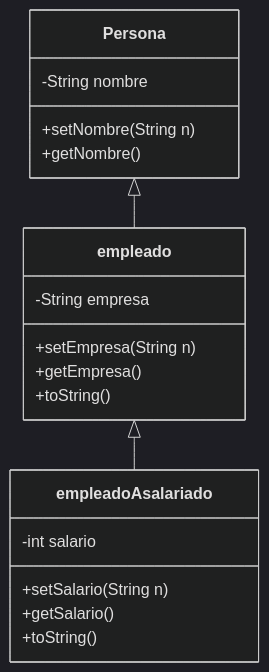
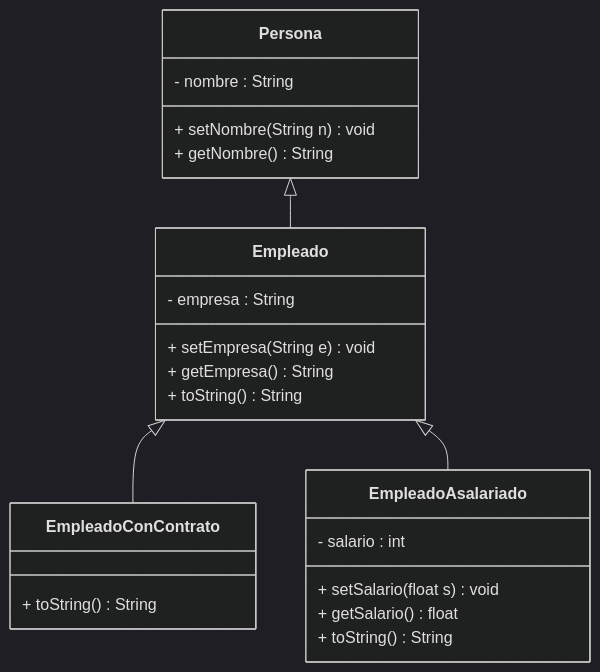
Before and after one commit to sdg1309/Pensamiento-computacional: the diagram in Java/poo/Ejemplo_2/Ejemplo2.md, drawn with Mermaid (dark theme). The commit also changed 17 other files, not shown here.

````diff
--- a/Java/poo/Ejemplo_2/Ejemplo2.md
+++ b/Java/poo/Ejemplo_2/Ejemplo2.md
@@ -3,23 +3,30 @@
 ```mermaid
 classDiagram
+  
     class Persona {
-        -String nombre
-        +setNombre(String n)
-        +getNombre()
+        - nombre : String
+        + setNombre(String n) void
+        + getNombre() String
     }
-    class empleado {
-        -String empresa
-        +setEmpresa(String n)
-        +getEmpresa()
-        +toString()
+    class Empleado {
+        - empresa : String
+        + setEmpresa(String e) void
+        + getEmpresa() String
+        + toString() String
     }
-    class empleadoAsalariado {
-        -int salario
-        +setSalario(String n)
-        +getSalario()
-        +toString()
+    class EmpleadoAsalariado {
+        - salario : int
+        + setSalario(float s) void
+        + getSalario() float
+        + toString() String
     }
 
-    Persona <|-- empleado
-    empleado <|-- empleadoAsalariado
+    class EmpleadoConContrato{
+        + toString() String
+    }
+
+    Persona <|-- Empleado
+    Empleado <|-- EmpleadoConContrato
+    Empleado <|-- EmpleadoAsalariado
+
 ```
````
